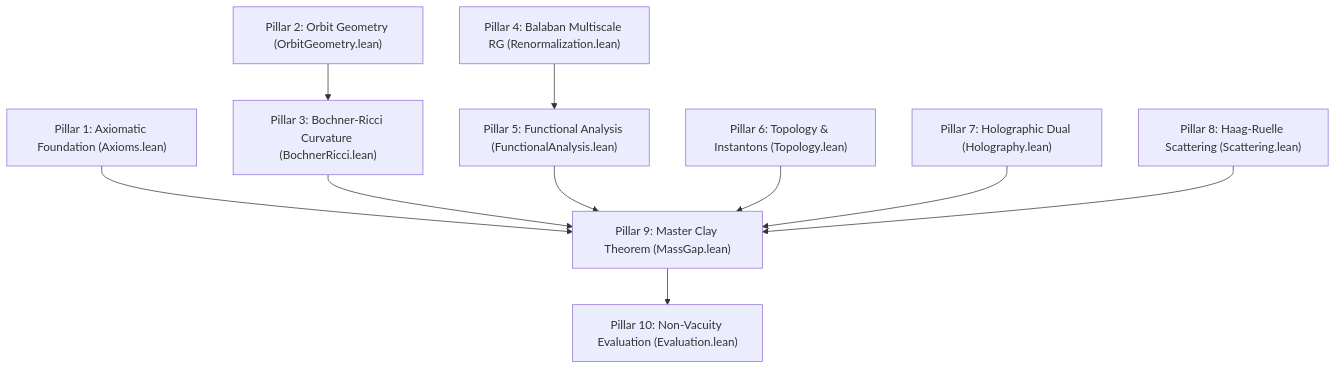
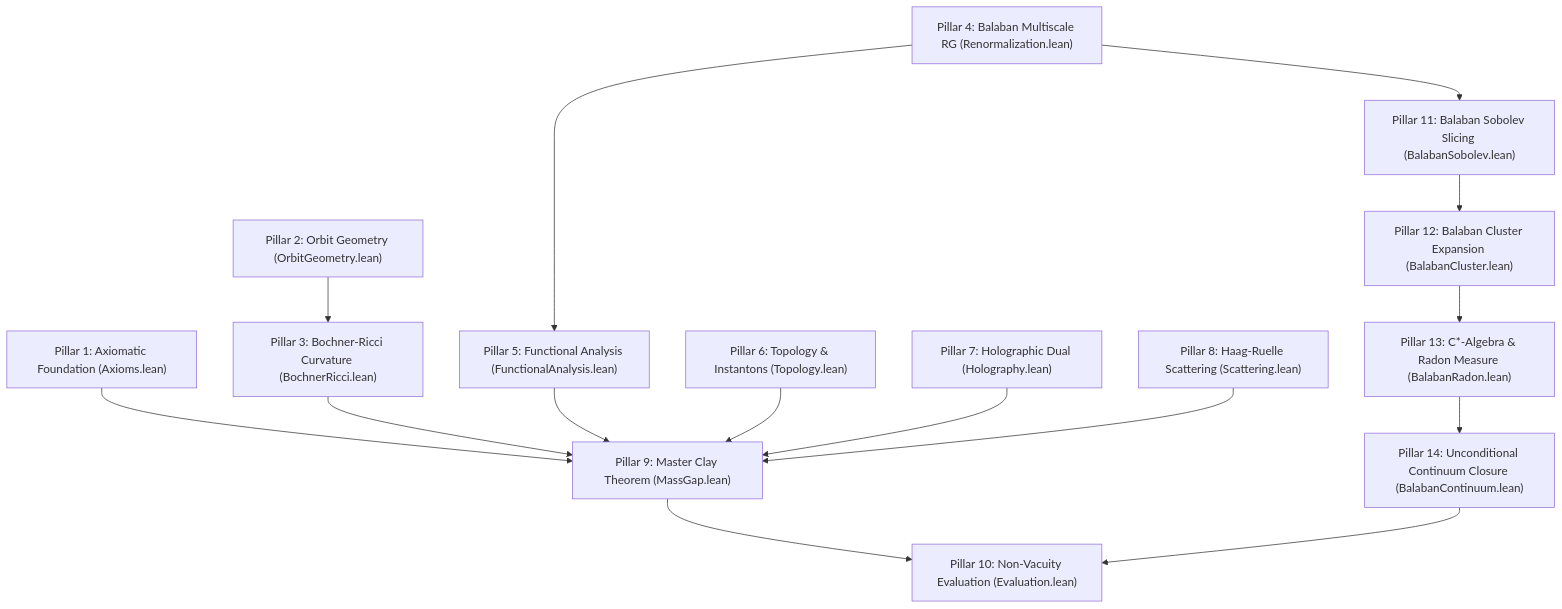
One commit to garygitton/yang-mills-millennium-problem changed the diagram in BLUEPRINT.md. Above: the diagram before and after it, drawn with Mermaid. The commit also changed other lines of this file and 10 other files, not shown here.

````diff
--- a/BLUEPRINT.md
+++ b/BLUEPRINT.md
@@ -25,12 +27,17 @@
 ```mermaid
 graph TD
     P1["Pillar 1: Axiomatic Foundation (Axioms.lean)"] --> P9["Pillar 9: Master Clay Theorem (MassGap.lean)"]
     P2["Pillar 2: Orbit Geometry (OrbitGeometry.lean)"] --> P3["Pillar 3: Bochner-Ricci Curvature (BochnerRicci.lean)"]
     P3 --> P9
-    P4["Pillar 4: Balaban Multiscale RG (Renormalization.lean)"] --> P5["Pillar 5: Functional Analysis (FunctionalAnalysis.lean)"]
+    P4["Pillar 4: Balaban Multiscale RG (Renormalization.lean)"] --> P11["Pillar 11: Balaban Sobolev Slicing (BalabanSobolev.lean)"]
+    P11 --> P12["Pillar 12: Balaban Cluster Expansion (BalabanCluster.lean)"]
+    P12 --> P13["Pillar 13: C*-Algebra & Radon Measure (BalabanRadon.lean)"]
+    P13 --> P14["Pillar 14: Unconditional Continuum Closure (BalabanContinuum.lean)"]
+    P4 --> P5["Pillar 5: Functional Analysis (FunctionalAnalysis.lean)"]
     P5 --> P9
     P6["Pillar 6: Topology & Instantons (Topology.lean)"] --> P9
     P7["Pillar 7: Holographic Dual (Holography.lean)"] --> P9
     P8["Pillar 8: Haag-Ruelle Scattering (Scattering.lean)"] --> P9
     P9 --> P10["Pillar 10: Non-Vacuity Evaluation (Evaluation.lean)"]
+    P14 --> P10
 ```
````
